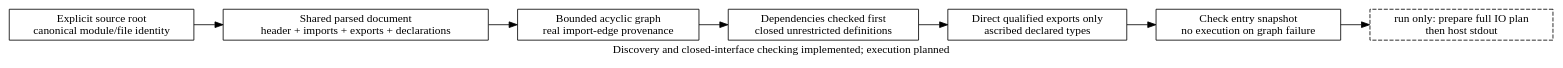
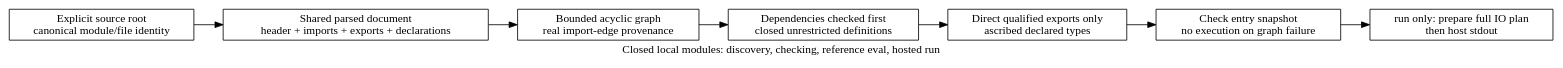
The diagram in docs/diagrams/modules-first-slice.dot (odunboye/fibril), drawn with Graphviz before and after one commit. The commit also changed 14 other files, not shown here.

Commit message:
Evaluate and run checked local module projects

```diff
--- a/docs/diagrams/modules-first-slice.dot
+++ b/docs/diagrams/modules-first-slice.dot
@@ -1,13 +1,13 @@
 digraph ModulePlan {
   rankdir=LR;
   node [shape=box];
-  label="Discovery and closed-interface checking implemented; execution planned";
+  label="Closed local modules: discovery, checking, reference eval, hosted run";
   source [label="Explicit source root\ncanonical module/file identity"];
   parse [label="Shared parsed document\nheader + imports + exports + declarations"];
   dependencies [label="Bounded acyclic graph\nreal import-edge provenance"];
   check [label="Dependencies checked first\nclosed unrestricted definitions"];
   signature [label="Direct qualified exports only\nascribed declared types"];
   entry [label="Check entry snapshot\nno execution on graph failure"];
-  runtime [style=dashed, label="run only: prepare full IO plan\nthen host stdout"];
+  runtime [label="run only: prepare full IO plan\nthen host stdout"];
   source -> parse -> dependencies -> check -> signature -> entry -> runtime;
 }
```
